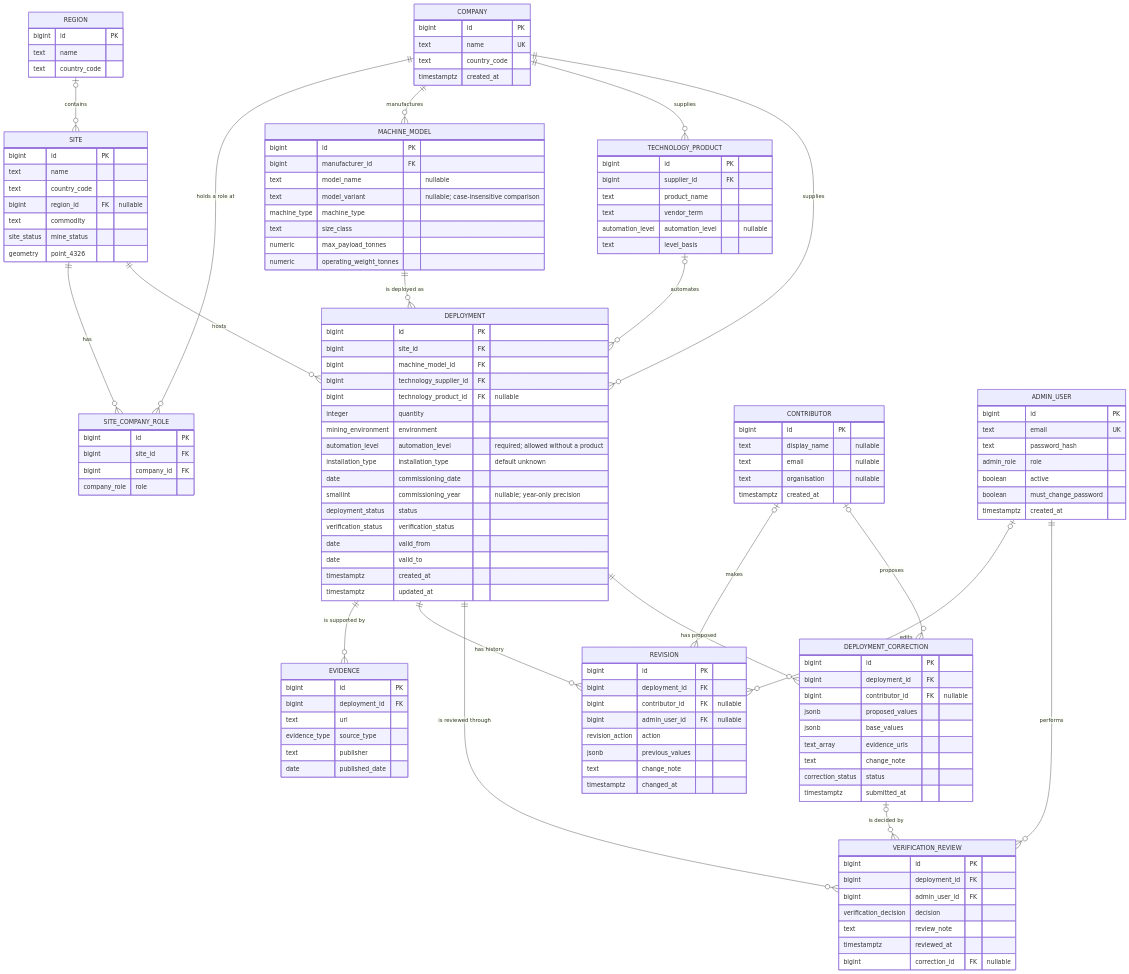
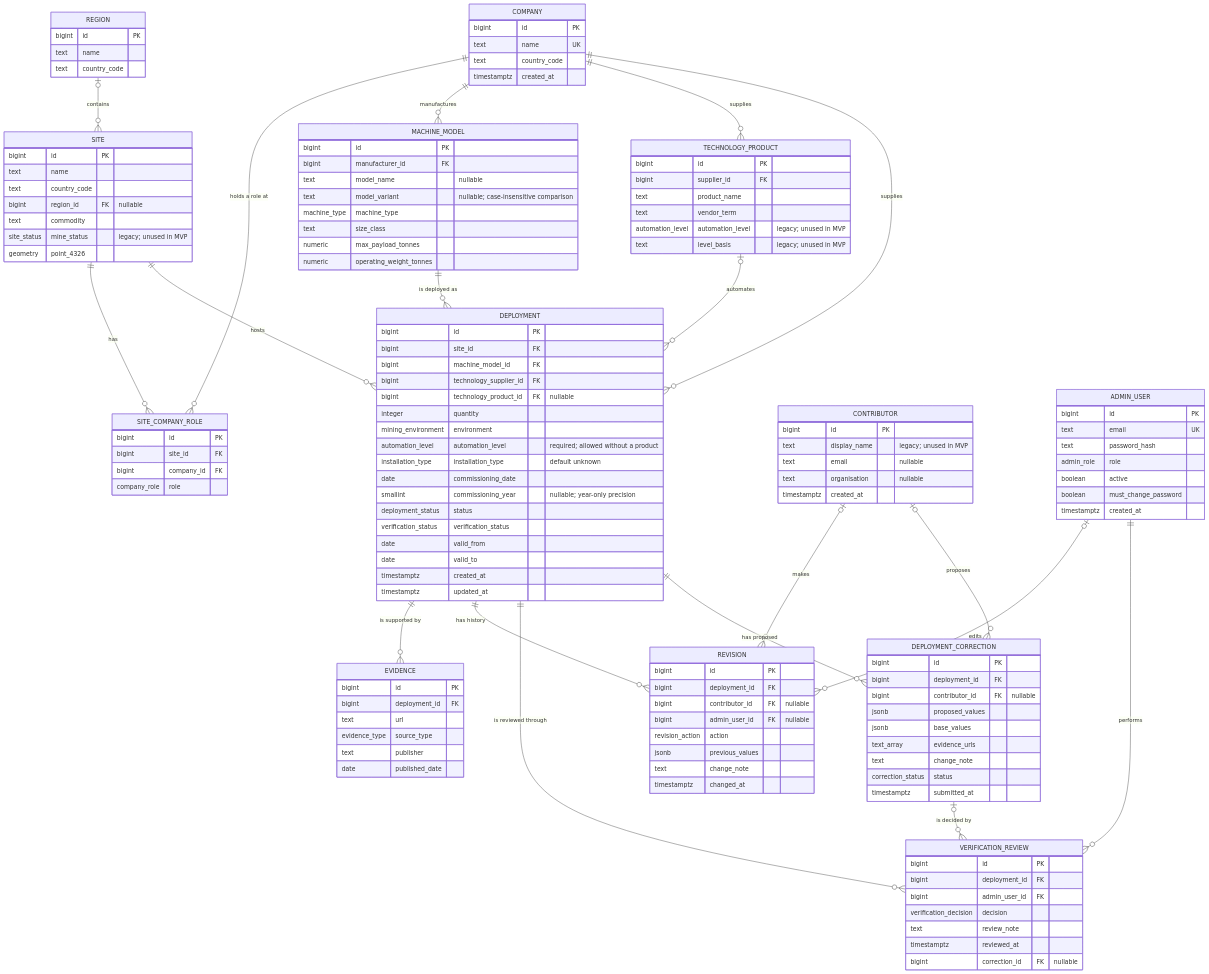
Before and after one commit to zinken7/capstone-group-5: the diagram in docs/database/ERD.md, drawn with Mermaid. The commit also changed other lines of this file and 2 other files, not shown here.

Commit message:
docs: regenerate the ERD image and mark it as implemented
- Regenerate docs/images/erd.png from the Mermaid source with the
  commands in ERD.md. The image the SRS embeds now shows the deployment's
  technology_supplier_id, its link to COMPANY, the optional product and
  the required level.
- Migration 005 (#188) has merged, so ERD.md and SRS 5.1 now say it
  implements this model instead of calling it a target change.
- Mark the columns the text already calls legacy (site status, product
  level and basis, contributor display name) in the diagram too.

```diff
--- a/docs/database/ERD.md
+++ b/docs/database/ERD.md
@@ -57,7 +56,7 @@
         text country_code
         bigint region_id FK "nullable"
         text commodity
-        site_status mine_status
+        site_status mine_status "legacy; unused in MVP"
         geometry point_4326
     }
     SITE_COMPANY_ROLE {
@@ -81,8 +80,8 @@
         bigint supplier_id FK
         text product_name
         text vendor_term
-        automation_level automation_level "nullable"
-        text level_basis
+        automation_level automation_level "legacy; unused in MVP"
+        text level_basis "legacy; unused in MVP"
     }
     DEPLOYMENT {
         bigint id PK
@@ -113,7 +112,7 @@
     }
     CONTRIBUTOR {
         bigint id PK
-        text display_name "nullable"
+        text display_name "legacy; unused in MVP"
         text email "nullable"
         text organisation "nullable"
         timestamptz created_at
```
